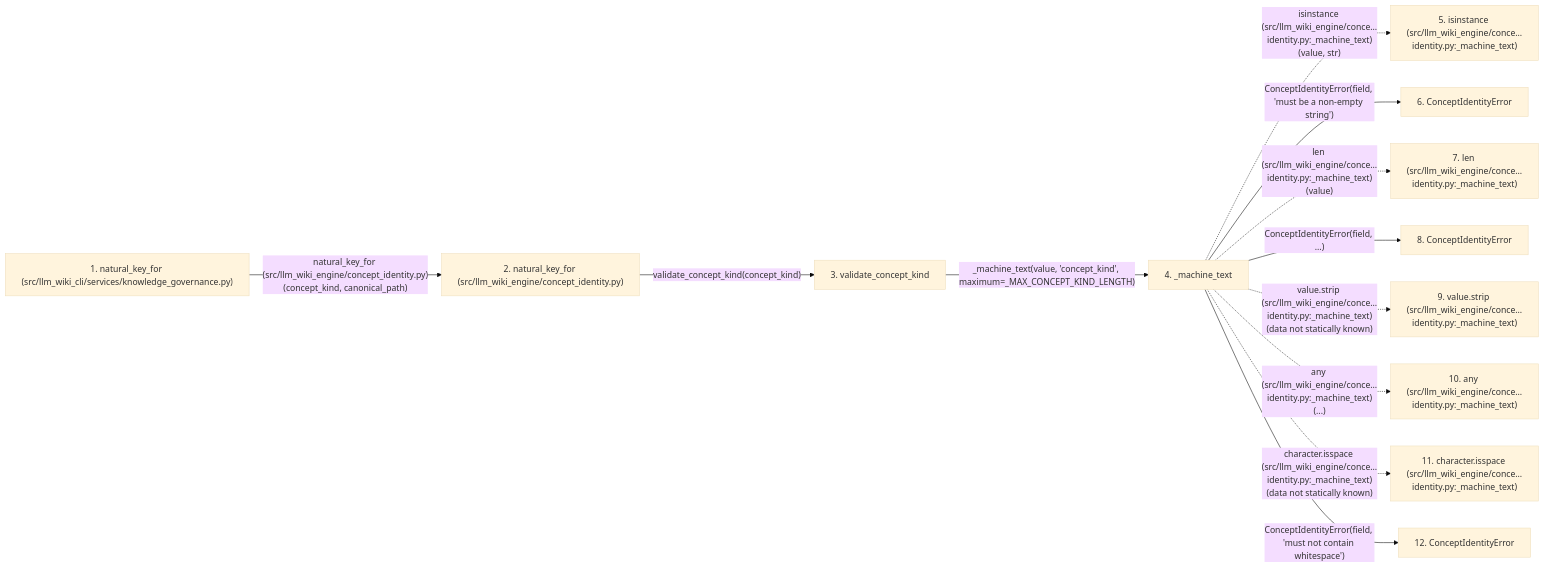
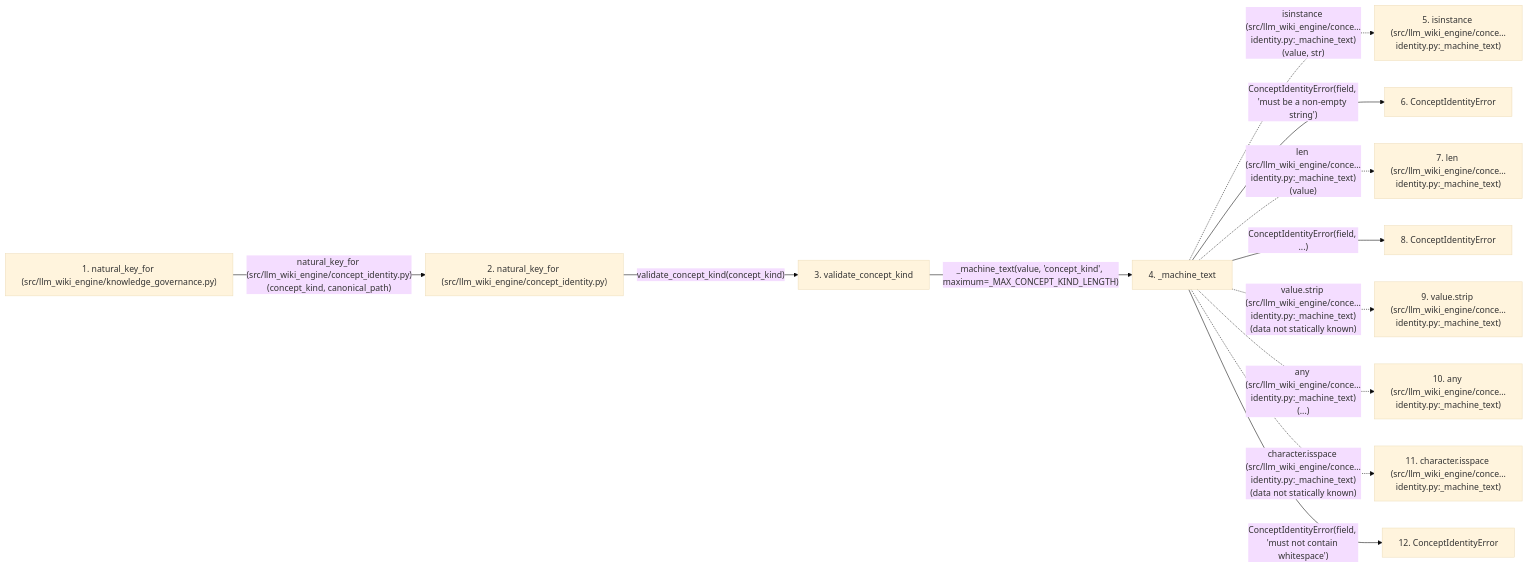
Before and after one commit to Denissvgn/python-wiki-llm: the second of 2 diagrams in docs/llm_wiki/flows/api-natural_key_for.md, drawn with Mermaid (base theme). The commit also changed other lines of this file and 1058 other files, not shown here.

First line of the commit message:
docs: refresh the wiki for the knowledge store move

````diff
--- a/docs/llm_wiki/flows/api-natural_key_for.md
+++ b/docs/llm_wiki/flows/api-natural_key_for.md
@@ -126,33 +126,33 @@
 ```mermaid
 flowchart LR
-    s1["1. natural_key_for (src/llm_wiki_cli/services/knowledge_governance.py)"]
+    s1["1. natural_key_for (src/llm_wiki_engine/knowledge_governance.py)"]
     s2["2. natural_key_for (src/llm_wiki_engine/concept_identity.py)"]
     s3["3. validate_concept_kind"]
     s4["4. _machine_text"]
     s5["5. isinstance (src/llm_wiki_engine/conce…identity.py:_machine_text)"]
     s6["6. ConceptIdentityError"]
     s7["7. len (src/llm_wiki_engine/conce…identity.py:_machine_text)"]
     s8["8. ConceptIdentityError"]
     s9["9. value.strip (src/llm_wiki_engine/conce…identity.py:_machine_text)"]
     s10["10. any (src/llm_wiki_engine/conce…identity.py:_machine_text)"]
     s11["11. character.isspace (src/llm_wiki_engine/conce…identity.py:_machine_text)"]
     s12["12. ConceptIdentityError"]
     s1 -->|"natural_key_for (src/llm_wiki_engine/concept_identity.py)(concept_kind, canonical_path)"| s2
     s2 -->|"validate_concept_kind(concept_kind)"| s3
     s3 -->|"_machine_text(value, 'concept_kind', maximum=_MAX_CONCEPT_KIND_LENGTH)"| s4
     s4 -. "isinstance (src/llm_wiki_engine/conce…identity.py:_machine_text)(value, str)" .-> s5
     s4 -->|"ConceptIdentityError(field, 'must be a non-empty string')"| s6
     s4 -. "len (src/llm_wiki_engine/conce…identity.py:_machine_text)(value)" .-> s7
     s4 -->|"ConceptIdentityError(field, ...)"| s8
     s4 -. "value.strip (src/llm_wiki_engine/conce…identity.py:_machine_text)(data not statically known)" .-> s9
     s4 -. "any (src/llm_wiki_engine/conce…identity.py:_machine_text)(...)" .-> s10
     s4 -. "character.isspace (src/llm_wiki_engine/conce…identity.py:_machine_text)(data not statically known)" .-> s11
     s4 -->|"ConceptIdentityError(field, 'must not contain whitespace')"| s12
     click s1 "../modules/knowledge_governance.md"
     click s2 "../modules/concept_identity.md"
     click s3 "../modules/concept_identity.md"
     click s4 "../modules/concept_identity.md"
     click s6 "../modules/concept_identity.md"
     click s8 "../modules/concept_identity.md"
     click s12 "../modules/concept_identity.md"
 ```
````
